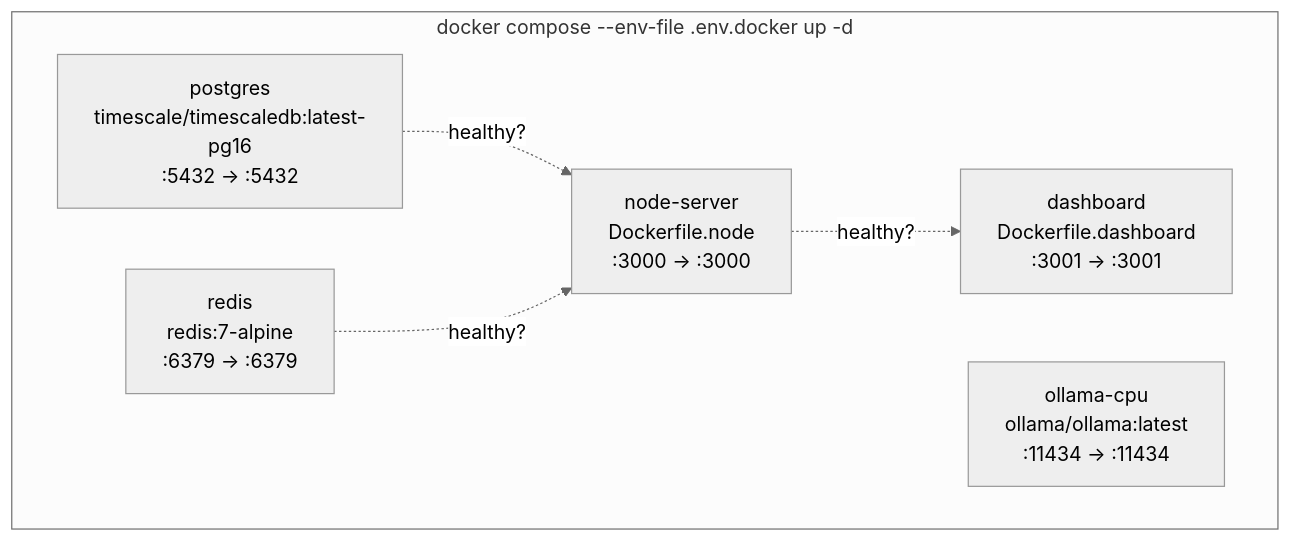
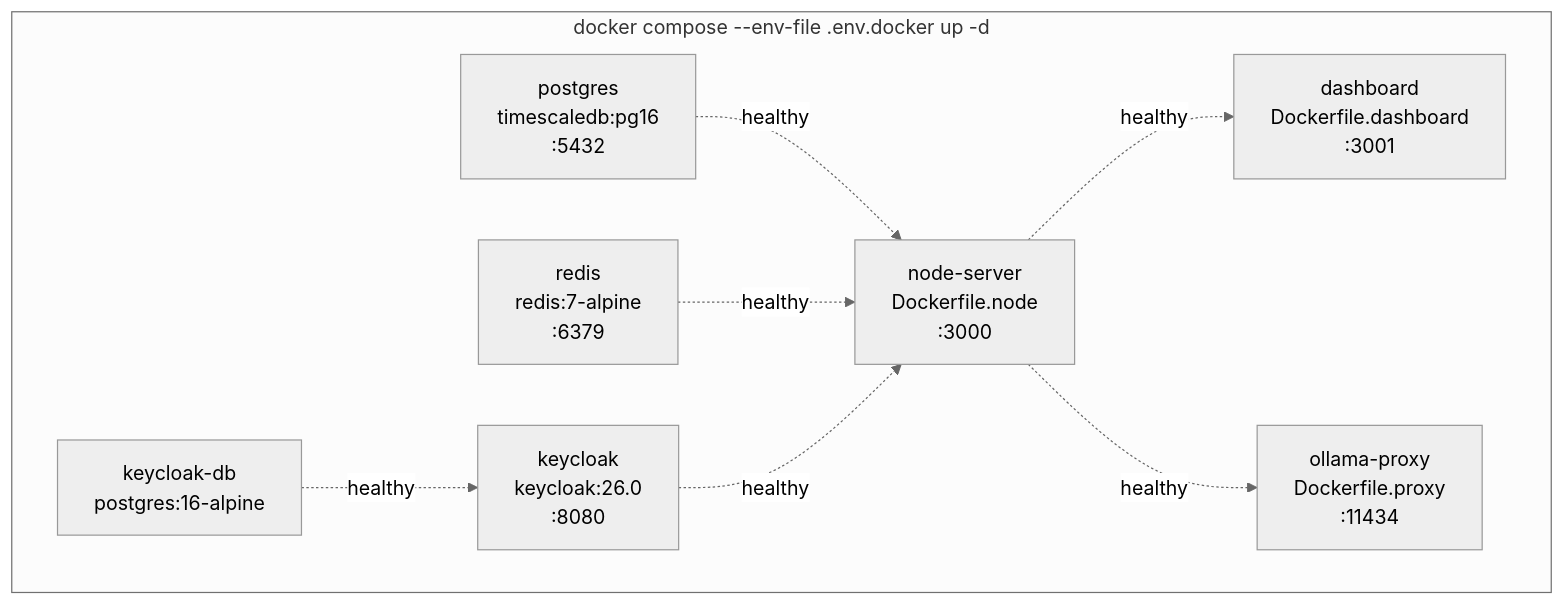
The ninth of 11 diagrams in QUICKSTART.md (vishalm/hivehq), drawn with Mermaid (neutral theme) before and after one commit. The commit also changed other lines of this file and 1 other file, not shown here.

Commit message:
Add HIVE Chat widget and LLM Settings page with Ollama default

````diff
--- a/QUICKSTART.md
+++ b/QUICKSTART.md
@@ -669,14 +857,19 @@
 ```mermaid
 graph TB
     subgraph Stack ["docker compose --env-file .env.docker up -d"]
-        PG["postgres<br/>timescale/timescaledb:latest-pg16<br/>:5432 -> :5432"]
-        RD["redis<br/>redis:7-alpine<br/>:6379 -> :6379"]
-        NS["node-server<br/>Dockerfile.node<br/>:3000 -> :3000"]
-        DB["dashboard<br/>Dockerfile.dashboard<br/>:3001 -> :3001"]
-        OL["ollama-cpu<br/>ollama/ollama:latest<br/>:11434 -> :11434"]
+        KDB["keycloak-db<br/>postgres:16-alpine"]
+        KC["keycloak<br/>keycloak:26.0<br/>:8080"]
+        PG["postgres<br/>timescaledb:pg16<br/>:5432"]
+        RD["redis<br/>redis:7-alpine<br/>:6379"]
+        NS["node-server<br/>Dockerfile.node<br/>:3000"]
+        DB["dashboard<br/>Dockerfile.dashboard<br/>:3001"]
+        OP["ollama-proxy<br/>Dockerfile.proxy<br/>:11434"]
     end
 
-    PG -.->|"healthy?"| NS
-    RD -.->|"healthy?"| NS
-    NS -.->|"healthy?"| DB
+    KDB -.->|"healthy"| KC
+    PG -.->|"healthy"| NS
+    RD -.->|"healthy"| NS
+    KC -.->|"healthy"| NS
+    NS -.->|"healthy"| DB
+    NS -.->|"healthy"| OP
 ```
````
